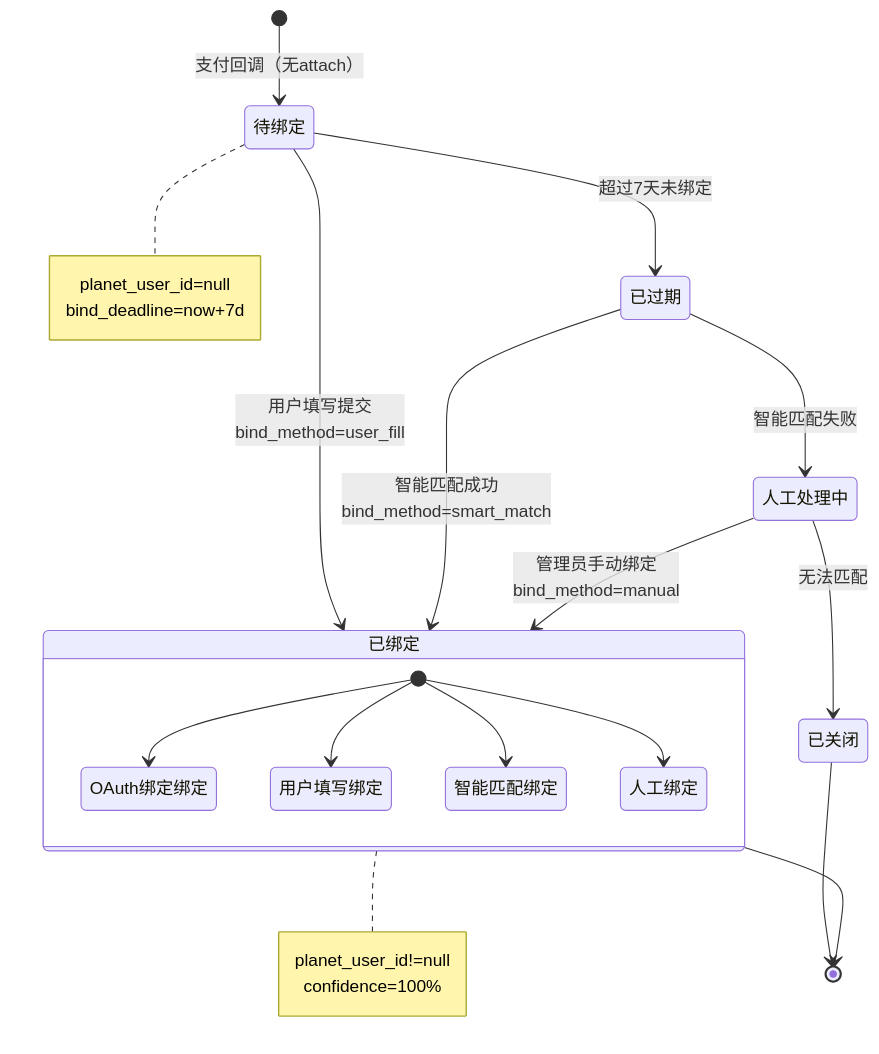
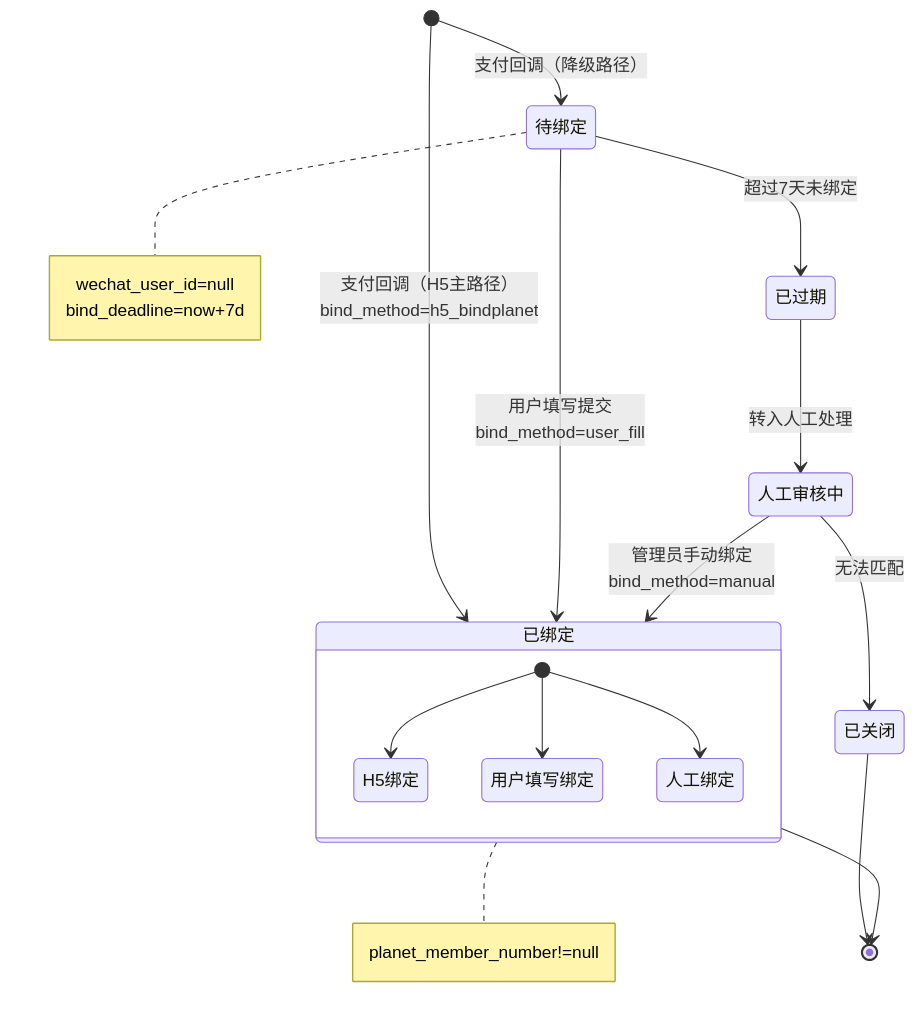
Before and after one commit to yiancode/AutoDepositRefundAgent: the third of 12 diagrams in docs/v1/diagrams/状态机.md, drawn with Mermaid. The commit also changed other lines of this file and 5 other files, not shown here.

First line of the commit message:
docs(design): 同步 diagrams 与技术方案，移除智能匹配逻辑

````diff
--- a/docs/v1/diagrams/状态机.md
+++ b/docs/v1/diagrams/状态机.md
@@ -70,27 +72,26 @@
 ```mermaid
 stateDiagram-v2
-    [*] --> 待绑定: 支付回调（无attach）
+    [*] --> 已绑定: 支付回调（H5主路径）<br/>bind_method=h5_bindplanet
+    [*] --> 待绑定: 支付回调（降级路径）
 
     state 已绑定 {
-        [*] --> OAuth绑定绑定
+        [*] --> H5绑定
         [*] --> 用户填写绑定
-        [*] --> 智能匹配绑定
         [*] --> 人工绑定
     }
 
     待绑定 --> 已绑定: 用户填写提交<br/>bind_method=user_fill
     待绑定 --> 已过期: 超过7天未绑定
 
-    已过期 --> 已绑定: 智能匹配成功<br/>bind_method=smart_match
-    已过期 --> 人工处理中: 智能匹配失败
+    已过期 --> 人工审核中: 转入人工处理
 
-    人工处理中 --> 已绑定: 管理员手动绑定<br/>bind_method=manual
-    人工处理中 --> 已关闭: 无法匹配
+    人工审核中 --> 已绑定: 管理员手动绑定<br/>bind_method=manual
+    人工审核中 --> 已关闭: 无法匹配
 
-    note right of 待绑定: planet_user_id=null<br/>bind_deadline=now+7d
+    note right of 待绑定: wechat_user_id=null<br/>bind_deadline=now+7d
 
-    note right of 已绑定: planet_user_id!=null<br/>confidence=100%
+    note right of 已绑定: planet_member_number!=null
 
     已绑定 --> [*]
     已关闭 --> [*]
 ```
````
